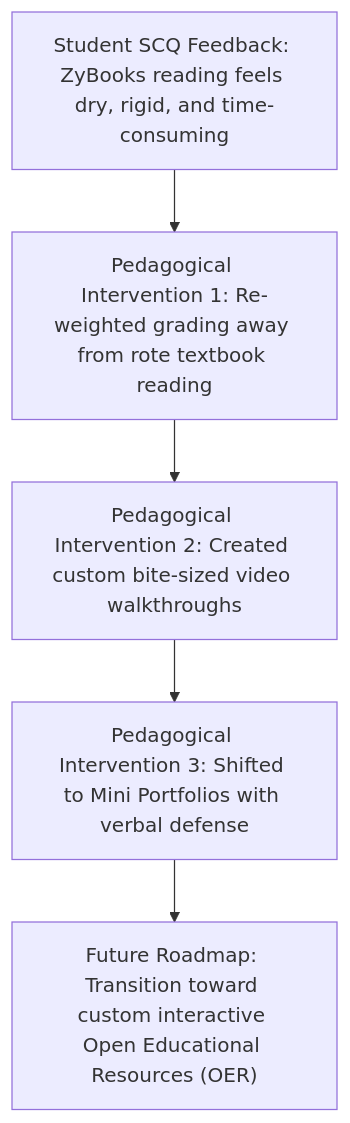
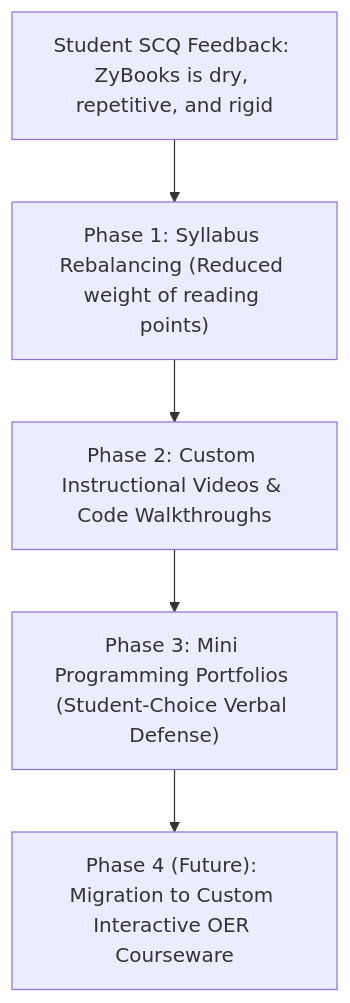
Before and after one commit to tswarmLCCC/continuingContractPortfoliotswarm: the diagram in projects/05-teaching-effectiveness/README.md, drawn with Mermaid. The commit also changed other lines of this file and 26 other files, not shown here.

````diff
--- a/projects/05-teaching-effectiveness/README.md
+++ b/projects/05-teaching-effectiveness/README.md
@@ -89,7 +96,7 @@
 ```mermaid
 flowchart TD
-    A["Student SCQ Feedback: ZyBooks reading feels dry, rigid, and time-consuming"] --> B["Pedagogical Intervention 1: Re-weighted grading away from rote textbook reading"]
-    B --> C["Pedagogical Intervention 2: Created custom bite-sized video walkthroughs"]
-    C --> D["Pedagogical Intervention 3: Shifted to Mini Portfolios with verbal defense"]
-    D --> E["Future Roadmap: Transition toward custom interactive Open Educational Resources (OER)"]
+    A["Student SCQ Feedback: ZyBooks is dry, repetitive, and rigid"] --> B["Phase 1: Syllabus Rebalancing (Reduced weight of reading points)"]
+    B --> C["Phase 2: Custom Instructional Videos & Code Walkthroughs"]
+    C --> D["Phase 3: Mini Programming Portfolios (Student-Choice Verbal Defense)"]
+    D --> E["Phase 4 (Future): Migration to Custom Interactive OER Courseware"]
 ```
````
